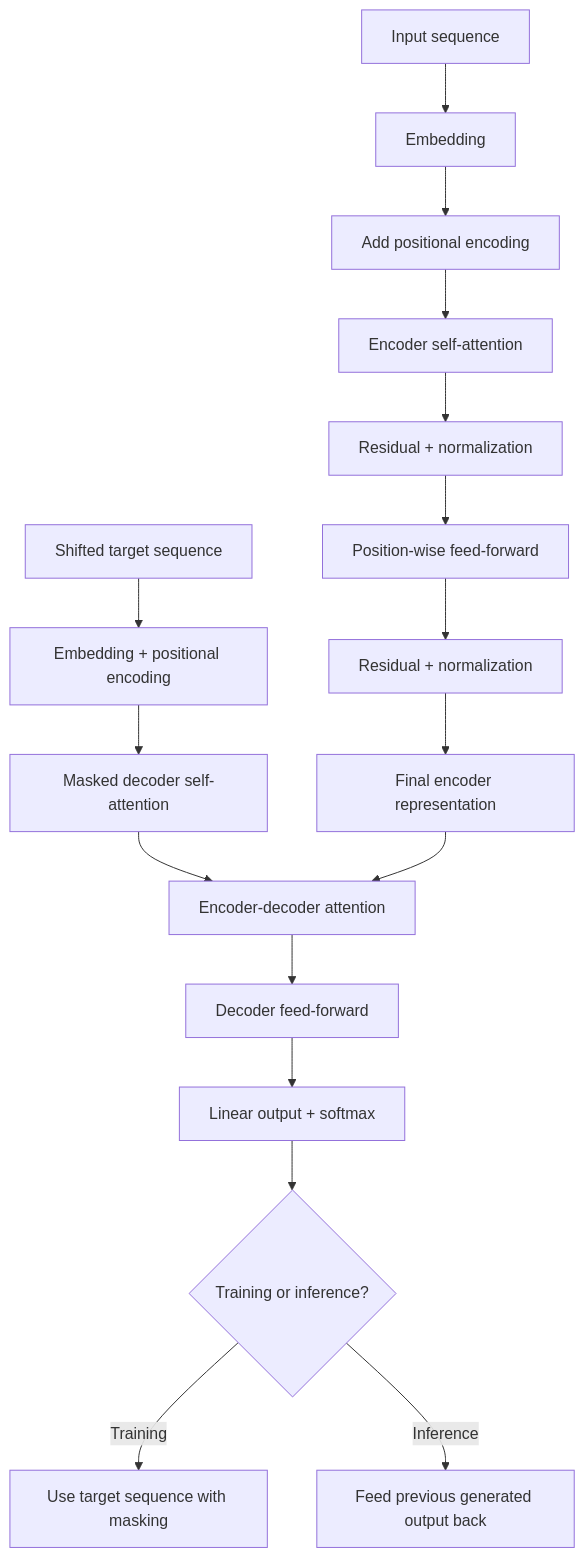
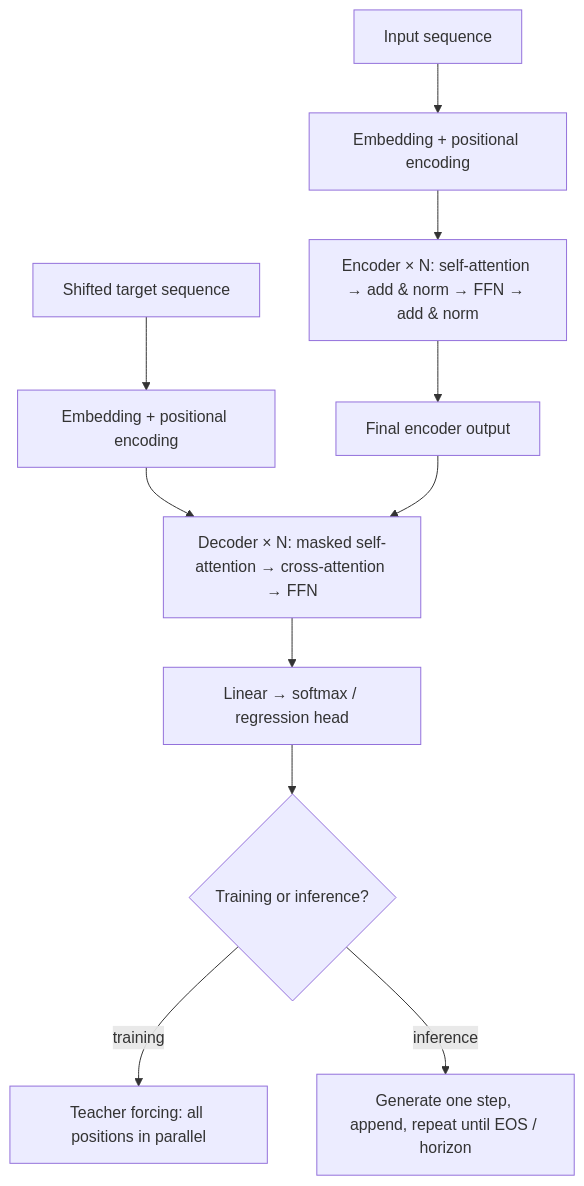
The diagram in courses/modern-temporal-learning/notes/11_transformers.md (hhsieh14/AI-courses-notes-reader), drawn with Mermaid before and after one commit. The commit also changed other lines of this file and 20 other files, not shown here.

````diff
--- a/courses/modern-temporal-learning/notes/11_transformers.md
+++ b/courses/modern-temporal-learning/notes/11_transformers.md
@@ -1229,20 +193,13 @@
 ```mermaid
 flowchart TD
-    A[Input sequence] --> B[Embedding]
-    B --> C[Add positional encoding]
-    C --> D[Encoder self-attention]
-    D --> E[Residual + normalization]
-    E --> F[Position-wise feed-forward]
-    F --> G[Residual + normalization]
-    G --> H[Final encoder representation]
-
+    A[Input sequence] --> B[Embedding + positional encoding]
+    B --> C[Encoder × N: self-attention → add & norm → FFN → add & norm]
+    C --> H[Final encoder output]
     I[Shifted target sequence] --> J[Embedding + positional encoding]
-    J --> K[Masked decoder self-attention]
-    K --> L[Encoder-decoder attention]
-    H --> L
-    L --> M[Decoder feed-forward]
-    M --> N[Linear output + softmax]
+    J --> K[Decoder × N: masked self-attention → cross-attention → FFN]
+    H --> K
+    K --> N[Linear → softmax / regression head]
     N --> O{Training or inference?}
-    O -- Training --> P[Use target sequence with masking]
-    O -- Inference --> Q[Feed previous generated output back]
+    O -- training --> P[Teacher forcing: all positions in parallel]
+    O -- inference --> Q[Generate one step, append, repeat until EOS / horizon]
 ```
````
